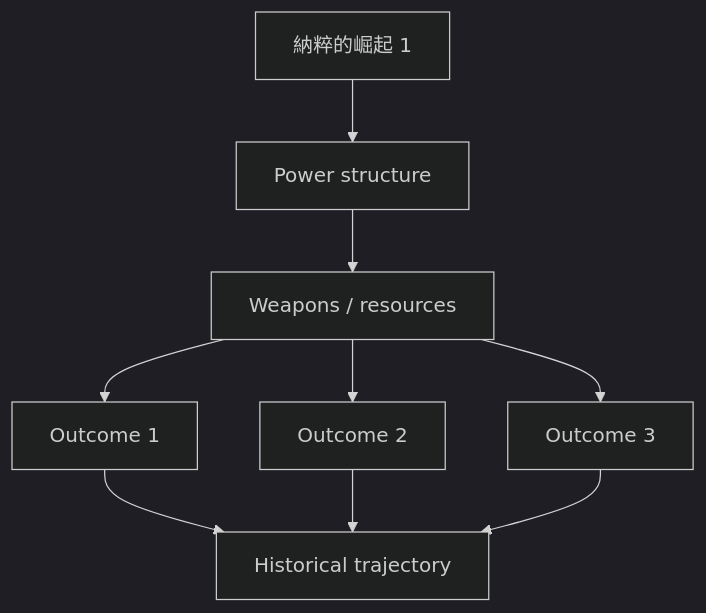
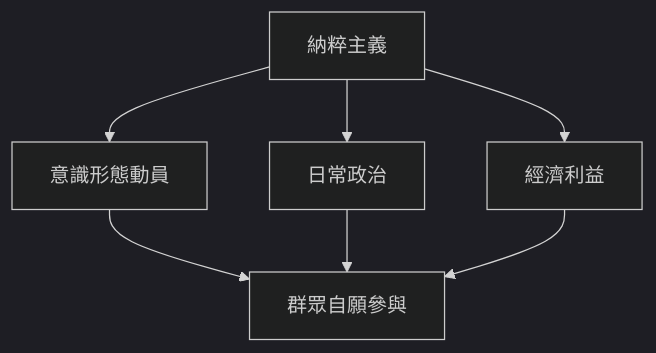
The fourth of 10 diagrams in 02_Harvard_Courses/Fall_Courses/Hist44_Germany_1848_1949.md (yip-lgtm/HKU-Harvard-History-Self-Study), drawn with Mermaid (dark theme) before and after one commit. The commit also changed other lines of this file and 65 other files, not shown here.

````diff
--- a/02_Harvard_Courses/Fall_Courses/Hist44_Germany_1848_1949.md
+++ b/02_Harvard_Courses/Fall_Courses/Hist44_Germany_1848_1949.md
@@ -224,11 +169,9 @@
 ```mermaid
 graph TD
-    A[納粹的崛起 1] --> B[Power structure]
-    B --> C[Weapons / resources]
-    C --> D[Outcome 1]
-    C --> E[Outcome 2]
-    C --> F[Outcome 3]
-    D --> G[Historical trajectory]
-    E --> G
-    F --> G
+    A[納粹主義] --> B[意識形態動員]
+    A --> C[日常政治]
+    A --> D[經濟利益]
+    B --> E[群眾自願參與]
+    C --> E
+    D --> E
 ```
````
